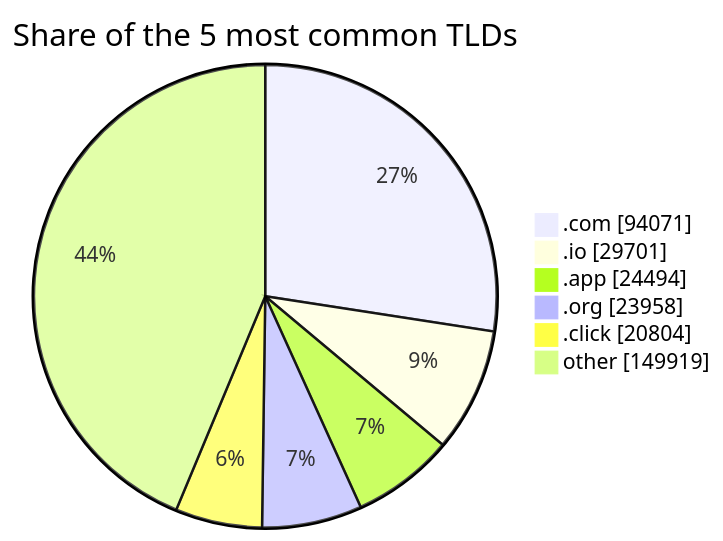
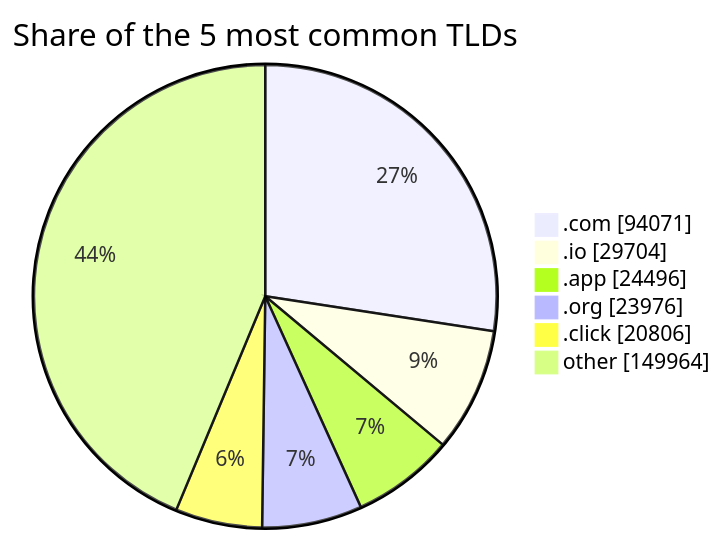
The third of 3 diagrams in README.md (DNSBunker/CTI), drawn with Mermaid before and after one commit. The commit also changed other lines of this file and 3 other files, not shown here.

````diff
--- a/README.md
+++ b/README.md
@@ -81,9 +81,9 @@
 ```mermaid
 pie showData title Share of the 5 most common TLDs
     ".com" : 94071
-    ".io" : 29701
-    ".app" : 24494
-    ".org" : 23958
-    ".click" : 20804
-    "other" : 149919
+    ".io" : 29704
+    ".app" : 24496
+    ".org" : 23976
+    ".click" : 20806
+    "other" : 149964
 ```
````
